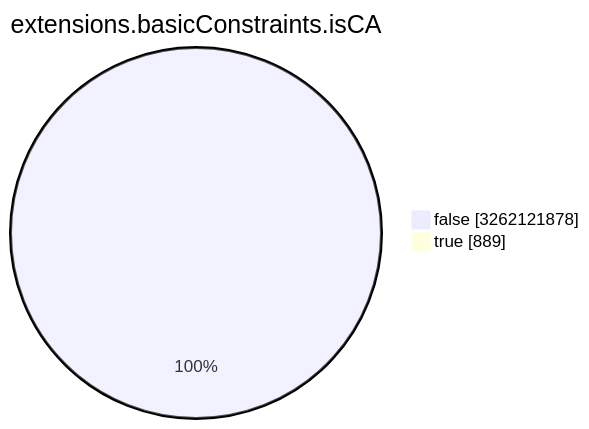
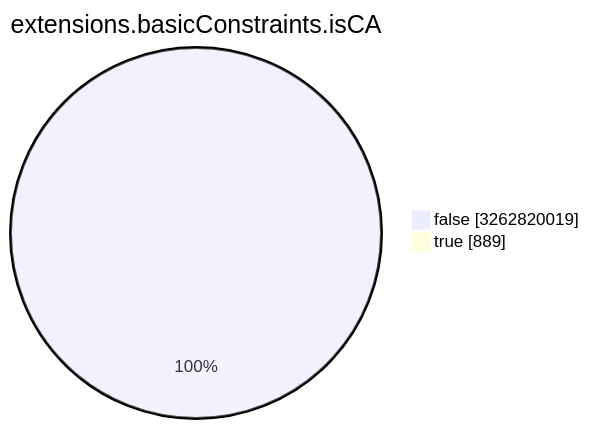
Before and after one commit to christiankrug/ctmonitor_visualization: the seventh of 15 diagrams in TOTAL/README.md, drawn with Mermaid. The commit also changed other lines of this file, not shown here.

````diff
--- a/TOTAL/README.md
+++ b/TOTAL/README.md
@@ -3089,6 +3089,6 @@
 ```mermaid
 pie showData
 title extensions.basicConstraints.isCA
-"false" :3262121878
+"false" :3262820019
 "true" :889
 ```
````
